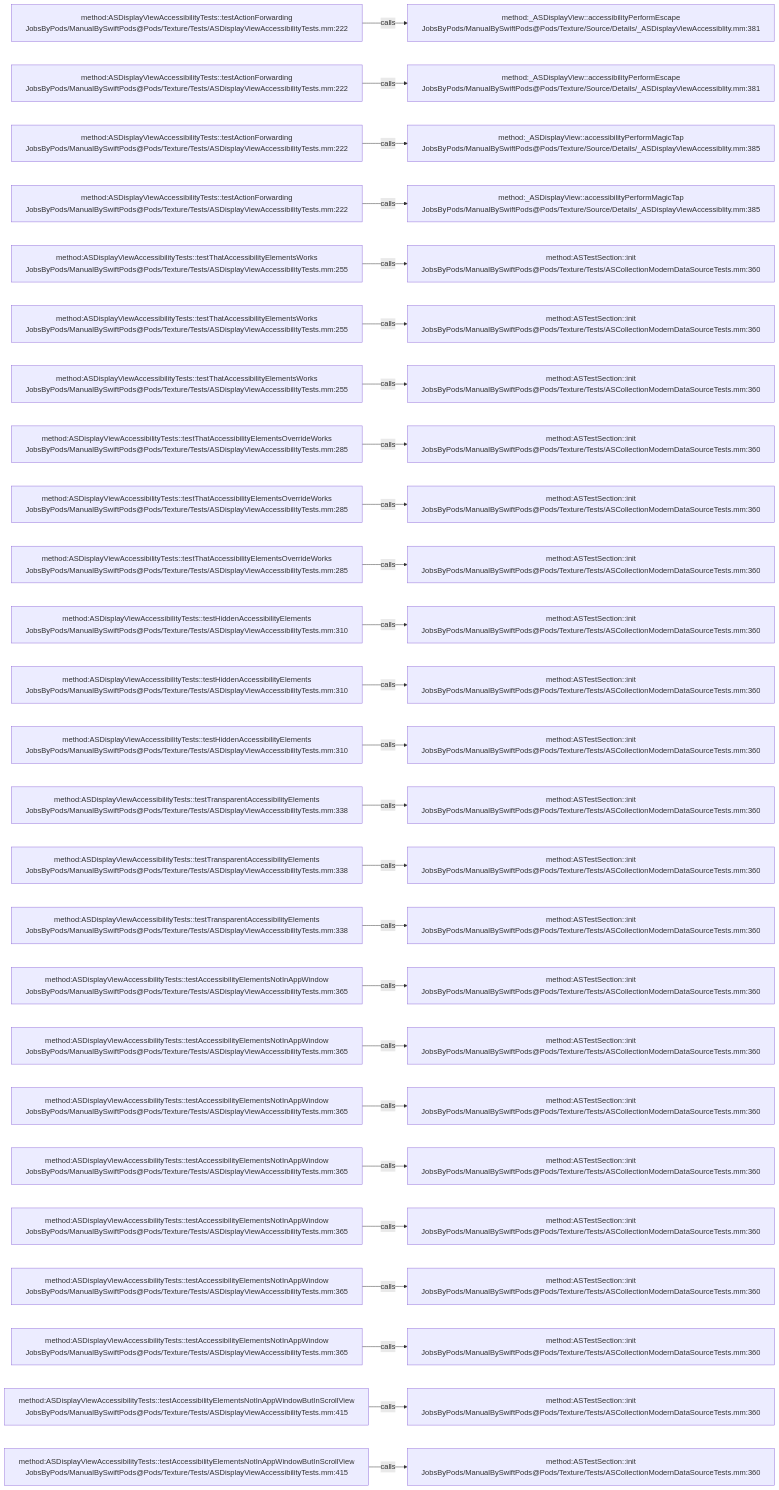
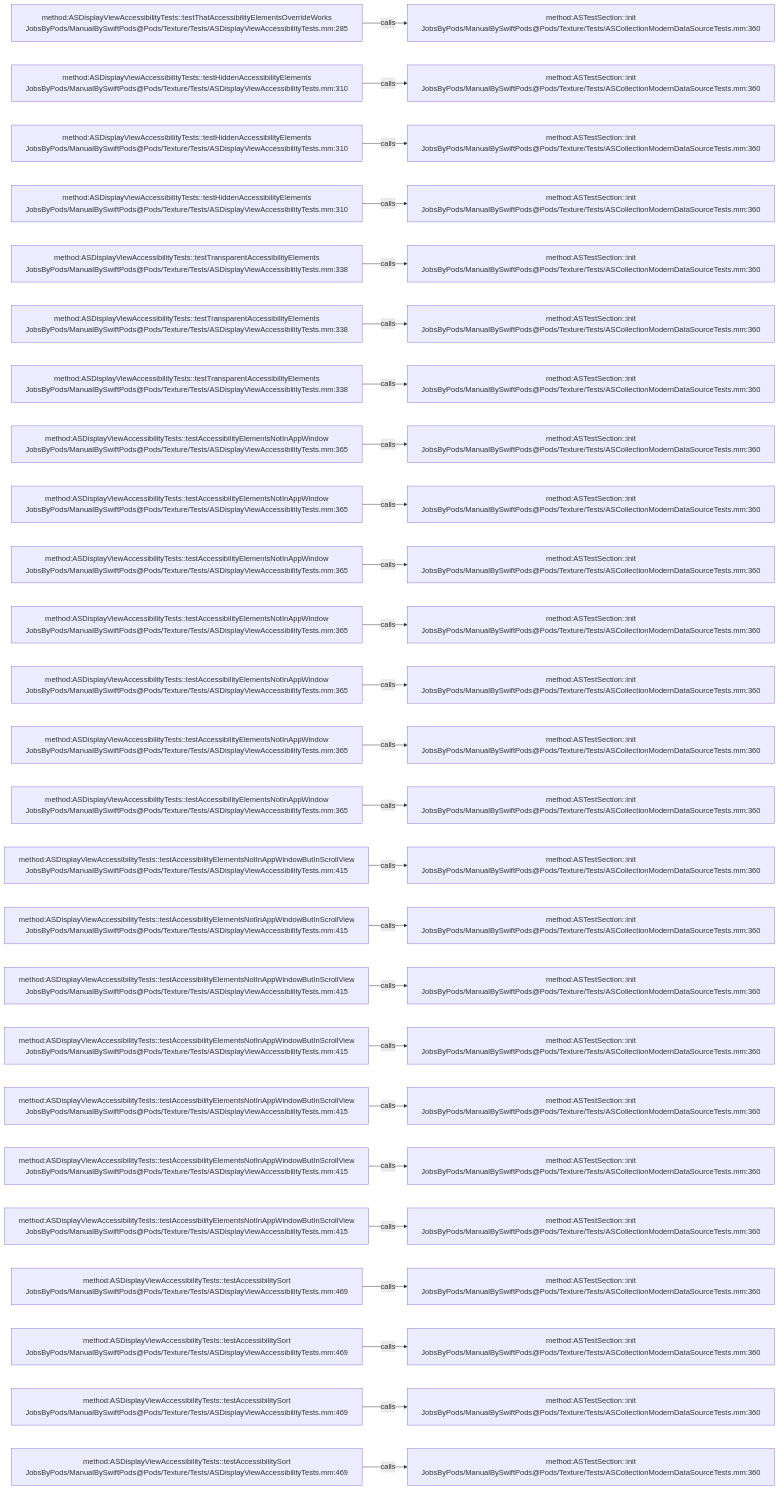
Before and after one commit to JobsKits/JobsSwiftBaseConfigDemo: the diagram in .codegraph/codegraph.md/graphs/calls-199.md, drawn with Mermaid. The commit also changed 707 other files, not shown here.

````diff
--- a/.codegraph/codegraph.md/graphs/calls-199.md
+++ b/.codegraph/codegraph.md/graphs/calls-199.md
@@ -13,78 +13,78 @@
 ```mermaid
 flowchart LR
-  S1["method:ASDisplayViewAccessibilityTests::testActionForwarding<br/>JobsByPods/ManualBySwiftPods@Pods/Texture/Tests/ASDisplayViewAccessibilityTests.mm:222"]
-  T1["method:_ASDisplayView::accessibilityPerformEscape<br/>JobsByPods/ManualBySwiftPods@Pods/Texture/Source/Details/_ASDisplayViewAccessiblity.mm:381"]
+  S1["method:ASDisplayViewAccessibilityTests::testThatAccessibilityElementsOverrideWorks<br/>JobsByPods/ManualBySwiftPods@Pods/Texture/Tests/ASDisplayViewAccessibilityTests.mm:285"]
+  T1["method:ASTestSection::init<br/>JobsByPods/ManualBySwiftPods@Pods/Texture/Tests/ASCollectionModernDataSourceTests.mm:360"]
   S1 -->|calls| T1
-  S2["method:ASDisplayViewAccessibilityTests::testActionForwarding<br/>JobsByPods/ManualBySwiftPods@Pods/Texture/Tests/ASDisplayViewAccessibilityTests.mm:222"]
-  T2["method:_ASDisplayView::accessibilityPerformEscape<br/>JobsByPods/ManualBySwiftPods@Pods/Texture/Source/Details/_ASDisplayViewAccessiblity.mm:381"]
+  S2["method:ASDisplayViewAccessibilityTests::testHiddenAccessibilityElements<br/>JobsByPods/ManualBySwiftPods@Pods/Texture/Tests/ASDisplayViewAccessibilityTests.mm:310"]
+  T2["method:ASTestSection::init<br/>JobsByPods/ManualBySwiftPods@Pods/Texture/Tests/ASCollectionModernDataSourceTests.mm:360"]
   S2 -->|calls| T2
-  S3["method:ASDisplayViewAccessibilityTests::testActionForwarding<br/>JobsByPods/ManualBySwiftPods@Pods/Texture/Tests/ASDisplayViewAccessibilityTests.mm:222"]
-  T3["method:_ASDisplayView::accessibilityPerformMagicTap<br/>JobsByPods/ManualBySwiftPods@Pods/Texture/Source/Details/_ASDisplayViewAccessiblity.mm:385"]
+  S3["method:ASDisplayViewAccessibilityTests::testHiddenAccessibilityElements<br/>JobsByPods/ManualBySwiftPods@Pods/Texture/Tests/ASDisplayViewAccessibilityTests.mm:310"]
+  T3["method:ASTestSection::init<br/>JobsByPods/ManualBySwiftPods@Pods/Texture/Tests/ASCollectionModernDataSourceTests.mm:360"]
   S3 -->|calls| T3
-  S4["method:ASDisplayViewAccessibilityTests::testActionForwarding<br/>JobsByPods/ManualBySwiftPods@Pods/Texture/Tests/ASDisplayViewAccessibilityTests.mm:222"]
-  T4["method:_ASDisplayView::accessibilityPerformMagicTap<br/>JobsByPods/ManualBySwiftPods@Pods/Texture/Source/Details/_ASDisplayViewAccessiblity.mm:385"]
+  S4["method:ASDisplayViewAccessibilityTests::testHiddenAccessibilityElements<br/>JobsByPods/ManualBySwiftPods@Pods/Texture/Tests/ASDisplayViewAccessibilityTests.mm:310"]
+  T4["method:ASTestSection::init<br/>JobsByPods/ManualBySwiftPods@Pods/Texture/Tests/ASCollectionModernDataSourceTests.mm:360"]
   S4 -->|calls| T4
-  S5["method:ASDisplayViewAccessibilityTests::testThatAccessibilityElementsWorks<br/>JobsByPods/ManualBySwiftPods@Pods/Texture/Tests/ASDisplayViewAccessibilityTests.mm:255"]
+  S5["method:ASDisplayViewAccessibilityTests::testTransparentAccessibilityElements<br/>JobsByPods/ManualBySwiftPods@Pods/Texture/Tests/ASDisplayViewAccessibilityTests.mm:338"]
   T5["method:ASTestSection::init<br/>JobsByPods/ManualBySwiftPods@Pods/Texture/Tests/ASCollectionModernDataSourceTests.mm:360"]
   S5 -->|calls| T5
-  S6["method:ASDisplayViewAccessibilityTests::testThatAccessibilityElementsWorks<br/>JobsByPods/ManualBySwiftPods@Pods/Texture/Tests/ASDisplayViewAccessibilityTests.mm:255"]
+  S6["method:ASDisplayViewAccessibilityTests::testTransparentAccessibilityElements<br/>JobsByPods/ManualBySwiftPods@Pods/Texture/Tests/ASDisplayViewAccessibilityTests.mm:338"]
   T6["method:ASTestSection::init<br/>JobsByPods/ManualBySwiftPods@Pods/Texture/Tests/ASCollectionModernDataSourceTests.mm:360"]
   S6 -->|calls| T6
-  S7["method:ASDisplayViewAccessibilityTests::testThatAccessibilityElementsWorks<br/>JobsByPods/ManualBySwiftPods@Pods/Texture/Tests/ASDisplayViewAccessibilityTests.mm:255"]
+  S7["method:ASDisplayViewAccessibilityTests::testTransparentAccessibilityElements<br/>JobsByPods/ManualBySwiftPods@Pods/Texture/Tests/ASDisplayViewAccessibilityTests.mm:338"]
   T7["method:ASTestSection::init<br/>JobsByPods/ManualBySwiftPods@Pods/Texture/Tests/ASCollectionModernDataSourceTests.mm:360"]
   S7 -->|calls| T7
-  S8["method:ASDisplayViewAccessibilityTests::testThatAccessibilityElementsOverrideWorks<br/>JobsByPods/ManualBySwiftPods@Pods/Texture/Tests/ASDisplayViewAccessibilityTests.mm:285"]
+  S8["method:ASDisplayViewAccessibilityTests::testAccessibilityElementsNotInAppWindow<br/>JobsByPods/ManualBySwiftPods@Pods/Texture/Tests/ASDisplayViewAccessibilityTests.mm:365"]
   T8["method:ASTestSection::init<br/>JobsByPods/ManualBySwiftPods@Pods/Texture/Tests/ASCollectionModernDataSourceTests.mm:360"]
   S8 -->|calls| T8
-  S9["method:ASDisplayViewAccessibilityTests::testThatAccessibilityElementsOverrideWorks<br/>JobsByPods/ManualBySwiftPods@Pods/Texture/Tests/ASDisplayViewAccessibilityTests.mm:285"]
+  S9["method:ASDisplayViewAccessibilityTests::testAccessibilityElementsNotInAppWindow<br/>JobsByPods/ManualBySwiftPods@Pods/Texture/Tests/ASDisplayViewAccessibilityTests.mm:365"]
   T9["method:ASTestSection::init<br/>JobsByPods/ManualBySwiftPods@Pods/Texture/Tests/ASCollectionModernDataSourceTests.mm:360"]
   S9 -->|calls| T9
-  S10["method:ASDisplayViewAccessibilityTests::testThatAccessibilityElementsOverrideWorks<br/>JobsByPods/ManualBySwiftPods@Pods/Texture/Tests/ASDisplayViewAccessibilityTests.mm:285"]
+  S10["method:ASDisplayViewAccessibilityTests::testAccessibilityElementsNotInAppWindow<br/>JobsByPods/ManualBySwiftPods@Pods/Texture/Tests/ASDisplayViewAccessibilityTests.mm:365"]
   T10["method:ASTestSection::init<br/>JobsByPods/ManualBySwiftPods@Pods/Texture/Tests/ASCollectionModernDataSourceTests.mm:360"]
   S10 -->|calls| T10
-  S11["method:ASDisplayViewAccessibilityTests::testHiddenAccessibilityElements<br/>JobsByPods/ManualBySwiftPods@Pods/Texture/Tests/ASDisplayViewAccessibilityTests.mm:310"]
+  S11["method:ASDisplayViewAccessibilityTests::testAccessibilityElementsNotInAppWindow<br/>JobsByPods/ManualBySwiftPods@Pods/Texture/Tests/ASDisplayViewAccessibilityTests.mm:365"]
   T11["method:ASTestSection::init<br/>JobsByPods/ManualBySwiftPods@Pods/Texture/Tests/ASCollectionModernDataSourceTests.mm:360"]
   S11 -->|calls| T11
-  S12["method:ASDisplayViewAccessibilityTests::testHiddenAccessibilityElements<br/>JobsByPods/ManualBySwiftPods@Pods/Texture/Tests/ASDisplayViewAccessibilityTests.mm:310"]
+  S12["method:ASDisplayViewAccessibilityTests::testAccessibilityElementsNotInAppWindow<br/>JobsByPods/ManualBySwiftPods@Pods/Texture/Tests/ASDisplayViewAccessibilityTests.mm:365"]
   T12["method:ASTestSection::init<br/>JobsByPods/ManualBySwiftPods@Pods/Texture/Tests/ASCollectionModernDataSourceTests.mm:360"]
   S12 -->|calls| T12
-  S13["method:ASDisplayViewAccessibilityTests::testHiddenAccessibilityElements<br/>JobsByPods/ManualBySwiftPods@Pods/Texture/Tests/ASDisplayViewAccessibilityTests.mm:310"]
+  S13["method:ASDisplayViewAccessibilityTests::testAccessibilityElementsNotInAppWindow<br/>JobsByPods/ManualBySwiftPods@Pods/Texture/Tests/ASDisplayViewAccessibilityTests.mm:365"]
   T13["method:ASTestSection::init<br/>JobsByPods/ManualBySwiftPods@Pods/Texture/Tests/ASCollectionModernDataSourceTests.mm:360"]
   S13 -->|calls| T13
-  S14["method:ASDisplayViewAccessibilityTests::testTransparentAccessibilityElements<br/>JobsByPods/ManualBySwiftPods@Pods/Texture/Tests/ASDisplayViewAccessibilityTests.mm:338"]
+  S14["method:ASDisplayViewAccessibilityTests::testAccessibilityElementsNotInAppWindow<br/>JobsByPods/ManualBySwiftPods@Pods/Texture/Tests/ASDisplayViewAccessibilityTests.mm:365"]
   T14["method:ASTestSection::init<br/>JobsByPods/ManualBySwiftPods@Pods/Texture/Tests/ASCollectionModernDataSourceTests.mm:360"]
   S14 -->|calls| T14
-  S15["method:ASDisplayViewAccessibilityTests::testTransparentAccessibilityElements<br/>JobsByPods/ManualBySwiftPods@Pods/Texture/Tests/ASDisplayViewAccessibilityTests.mm:338"]
+  S15["method:ASDisplayViewAccessibilityTests::testAccessibilityElementsNotInAppWindowButInScrollView<br/>JobsByPods/ManualBySwiftPods@Pods/Texture/Tests/ASDisplayViewAccessibilityTests.mm:415"]
   T15["method:ASTestSection::init<br/>JobsByPods/ManualBySwiftPods@Pods/Texture/Tests/ASCollectionModernDataSourceTests.mm:360"]
   S15 -->|calls| T15
-  S16["method:ASDisplayViewAccessibilityTests::testTransparentAccessibilityElements<br/>JobsByPods/ManualBySwiftPods@Pods/Texture/Tests/ASDisplayViewAccessibilityTests.mm:338"]
+  S16["method:ASDisplayViewAccessibilityTests::testAccessibilityElementsNotInAppWindowButInScrollView<br/>JobsByPods/ManualBySwiftPods@Pods/Texture/Tests/ASDisplayViewAccessibilityTests.mm:415"]
   T16["method:ASTestSection::init<br/>JobsByPods/ManualBySwiftPods@Pods/Texture/Tests/ASCollectionModernDataSourceTests.mm:360"]
   S16 -->|calls| T16
-  S17["method:ASDisplayViewAccessibilityTests::testAccessibilityElementsNotInAppWindow<br/>JobsByPods/ManualBySwiftPods@Pods/Texture/Tests/ASDisplayViewAccessibilityTests.mm:365"]
+  S17["method:ASDisplayViewAccessibilityTests::testAccessibilityElementsNotInAppWindowButInScrollView<br/>JobsByPods/ManualBySwiftPods@Pods/Texture/Tests/ASDisplayViewAccessibilityTests.mm:415"]
   T17["method:ASTestSection::init<br/>JobsByPods/ManualBySwiftPods@Pods/Texture/Tests/ASCollectionModernDataSourceTests.mm:360"]
   S17 -->|calls| T17
-  S18["method:ASDisplayViewAccessibilityTests::testAccessibilityElementsNotInAppWindow<br/>JobsByPods/ManualBySwiftPods@Pods/Texture/Tests/ASDisplayViewAccessibilityTests.mm:365"]
+  S18["method:ASDisplayViewAccessibilityTests::testAccessibilityElementsNotInAppWindowButInScrollView<br/>JobsByPods/ManualBySwiftPods@Pods/Texture/Tests/ASDisplayViewAccessibilityTests.mm:415"]
   T18["method:ASTestSection::init<br/>JobsByPods/ManualBySwiftPods@Pods/Texture/Tests/ASCollectionModernDataSourceTests.mm:360"]
   S18 -->|calls| T18
-  S19["method:ASDisplayViewAccessibilityTests::testAccessibilityElementsNotInAppWindow<br/>JobsByPods/ManualBySwiftPods@Pods/Texture/Tests/ASDisplayViewAccessibilityTests.mm:365"]
+  S19["method:ASDisplayViewAccessibilityTests::testAccessibilityElementsNotInAppWindowButInScrollView<br/>JobsByPods/ManualBySwiftPods@Pods/Texture/Tests/ASDisplayViewAccessibilityTests.mm:415"]
   T19["method:ASTestSection::init<br/>JobsByPods/ManualBySwiftPods@Pods/Texture/Tests/ASCollectionModernDataSourceTests.mm:360"]
   S19 -->|calls| T19
-  S20["method:ASDisplayViewAccessibilityTests::testAccessibilityElementsNotInAppWindow<br/>JobsByPods/ManualBySwiftPods@Pods/Texture/Tests/ASDisplayViewAccessibilityTests.mm:365"]
+  S20["method:ASDisplayViewAccessibilityTests::testAccessibilityElementsNotInAppWindowButInScrollView<br/>JobsByPods/ManualBySwiftPods@Pods/Texture/Tests/ASDisplayViewAccessibilityTests.mm:415"]
   T20["method:ASTestSection::init<br/>JobsByPods/ManualBySwiftPods@Pods/Texture/Tests/ASCollectionModernDataSourceTests.mm:360"]
   S20 -->|calls| T20
-  S21["method:ASDisplayViewAccessibilityTests::testAccessibilityElementsNotInAppWindow<br/>JobsByPods/ManualBySwiftPods@Pods/Texture/Tests/ASDisplayViewAccessibilityTests.mm:365"]
+  S21["method:ASDisplayViewAccessibilityTests::testAccessibilityElementsNotInAppWindowButInScrollView<br/>JobsByPods/ManualBySwiftPods@Pods/Texture/Tests/ASDisplayViewAccessibilityTests.mm:415"]
   T21["method:ASTestSection::init<br/>JobsByPods/ManualBySwiftPods@Pods/Texture/Tests/ASCollectionModernDataSourceTests.mm:360"]
   S21 -->|calls| T21
-  S22["method:ASDisplayViewAccessibilityTests::testAccessibilityElementsNotInAppWindow<br/>JobsByPods/ManualBySwiftPods@Pods/Texture/Tests/ASDisplayViewAccessibilityTests.mm:365"]
+  S22["method:ASDisplayViewAccessibilityTests::testAccessibilitySort<br/>JobsByPods/ManualBySwiftPods@Pods/Texture/Tests/ASDisplayViewAccessibilityTests.mm:469"]
   T22["method:ASTestSection::init<br/>JobsByPods/ManualBySwiftPods@Pods/Texture/Tests/ASCollectionModernDataSourceTests.mm:360"]
   S22 -->|calls| T22
-  S23["method:ASDisplayViewAccessibilityTests::testAccessibilityElementsNotInAppWindow<br/>JobsByPods/ManualBySwiftPods@Pods/Texture/Tests/ASDisplayViewAccessibilityTests.mm:365"]
+  S23["method:ASDisplayViewAccessibilityTests::testAccessibilitySort<br/>JobsByPods/ManualBySwiftPods@Pods/Texture/Tests/ASDisplayViewAccessibilityTests.mm:469"]
   T23["method:ASTestSection::init<br/>JobsByPods/ManualBySwiftPods@Pods/Texture/Tests/ASCollectionModernDataSourceTests.mm:360"]
   S23 -->|calls| T23
-  S24["method:ASDisplayViewAccessibilityTests::testAccessibilityElementsNotInAppWindowButInScrollView<br/>JobsByPods/ManualBySwiftPods@Pods/Texture/Tests/ASDisplayViewAccessibilityTests.mm:415"]
+  S24["method:ASDisplayViewAccessibilityTests::testAccessibilitySort<br/>JobsByPods/ManualBySwiftPods@Pods/Texture/Tests/ASDisplayViewAccessibilityTests.mm:469"]
   T24["method:ASTestSection::init<br/>JobsByPods/ManualBySwiftPods@Pods/Texture/Tests/ASCollectionModernDataSourceTests.mm:360"]
   S24 -->|calls| T24
-  S25["method:ASDisplayViewAccessibilityTests::testAccessibilityElementsNotInAppWindowButInScrollView<br/>JobsByPods/ManualBySwiftPods@Pods/Texture/Tests/ASDisplayViewAccessibilityTests.mm:415"]
+  S25["method:ASDisplayViewAccessibilityTests::testAccessibilitySort<br/>JobsByPods/ManualBySwiftPods@Pods/Texture/Tests/ASDisplayViewAccessibilityTests.mm:469"]
   T25["method:ASTestSection::init<br/>JobsByPods/ManualBySwiftPods@Pods/Texture/Tests/ASCollectionModernDataSourceTests.mm:360"]
   S25 -->|calls| T25
 ```
````
